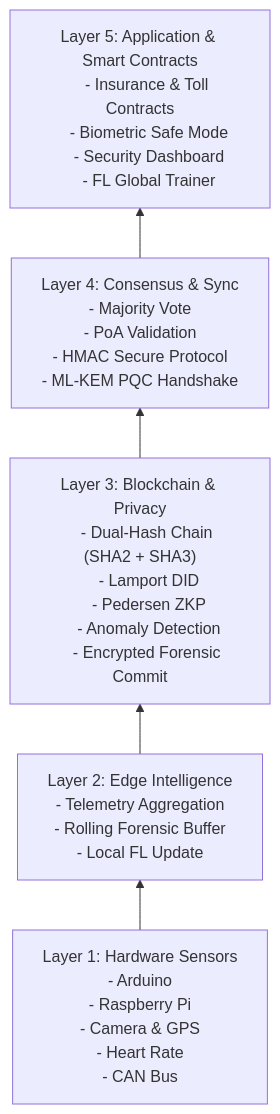
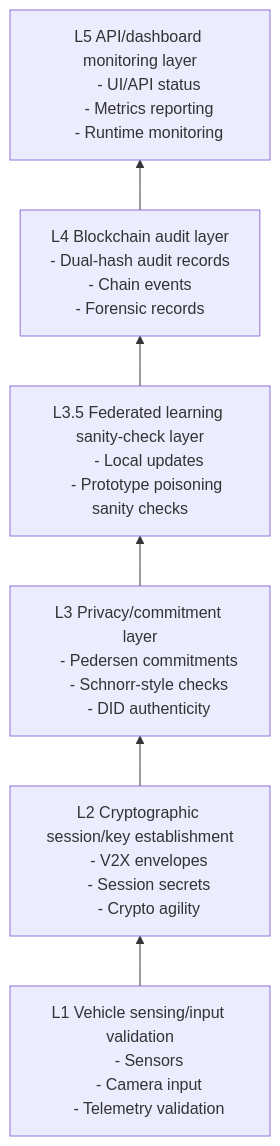
One commit to smshagor-dev/Next-Gen-Blockchain-for-Vehicle-Security changed the first of 45 diagrams in readme.md. Above: the diagram before and after it, drawn with Mermaid. The commit also changed other lines of this file and 167 other files, not shown here.

````diff
--- a/readme.md
+++ b/readme.md
@@ -214,35 +230,33 @@
 ```mermaid
 flowchart BT
-    L5["Layer 5: Application & Smart Contracts
-    - Insurance & Toll Contracts
-    - Biometric Safe Mode
-    - Security Dashboard
-    - FL Global Trainer"]
+    L5["L5 API/dashboard monitoring layer
+    - UI/API status
+    - Metrics reporting
+    - Runtime monitoring"]
 
-    L4["Layer 4: Consensus & Sync
-    - Majority Vote
-    - PoA Validation
-    - HMAC Secure Protocol
-    - ML-KEM PQC Handshake"]
+    L4["L4 Blockchain audit layer
+    - Dual-hash audit records
+    - Chain events
+    - Forensic records"]
 
-    L3["Layer 3: Blockchain & Privacy
-    - Dual-Hash Chain (SHA2 + SHA3)
-    - Lamport DID
-    - Pedersen ZKP
-    - Anomaly Detection
-    - Encrypted Forensic Commit"]
+    L35["L3.5 Federated learning sanity-check layer
+    - Local updates
+    - Prototype poisoning sanity checks"]
 
-    L2["Layer 2: Edge Intelligence
-    - Telemetry Aggregation
-    - Rolling Forensic Buffer
-    - Local FL Update"]
+    L3["L3 Privacy/commitment layer
+    - Pedersen commitments
+    - Schnorr-style checks
+    - DID authenticity"]
 
-    L1["Layer 1: Hardware Sensors
-    - Arduino
-    - Raspberry Pi
-    - Camera & GPS
-    - Heart Rate
-    - CAN Bus"]
+    L2["L2 Cryptographic session/key establishment
+    - V2X envelopes
+    - Session secrets
+    - Crypto agility"]
 
-    L1 --> L2 --> L3 --> L4 --> L5
+    L1["L1 Vehicle sensing/input validation
+    - Sensors
+    - Camera input
+    - Telemetry validation"]
+
+    L1 --> L2 --> L3 --> L35 --> L4 --> L5
 ```
````
